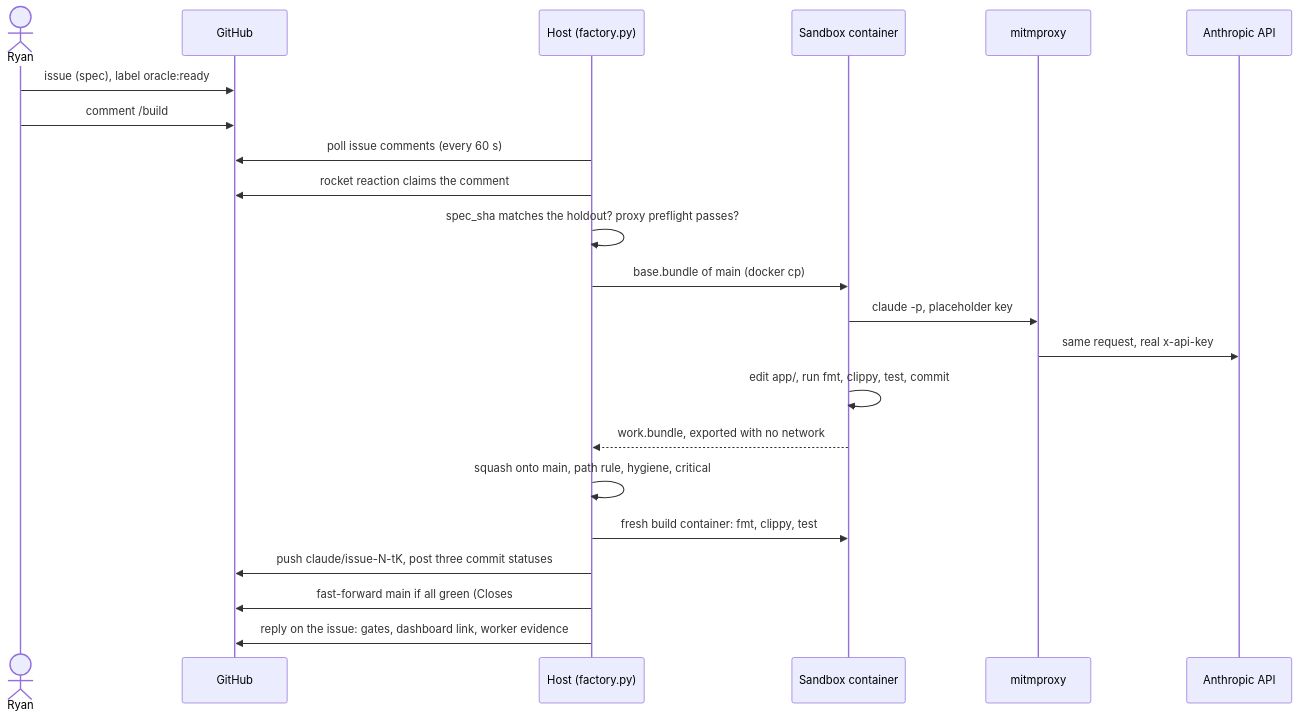
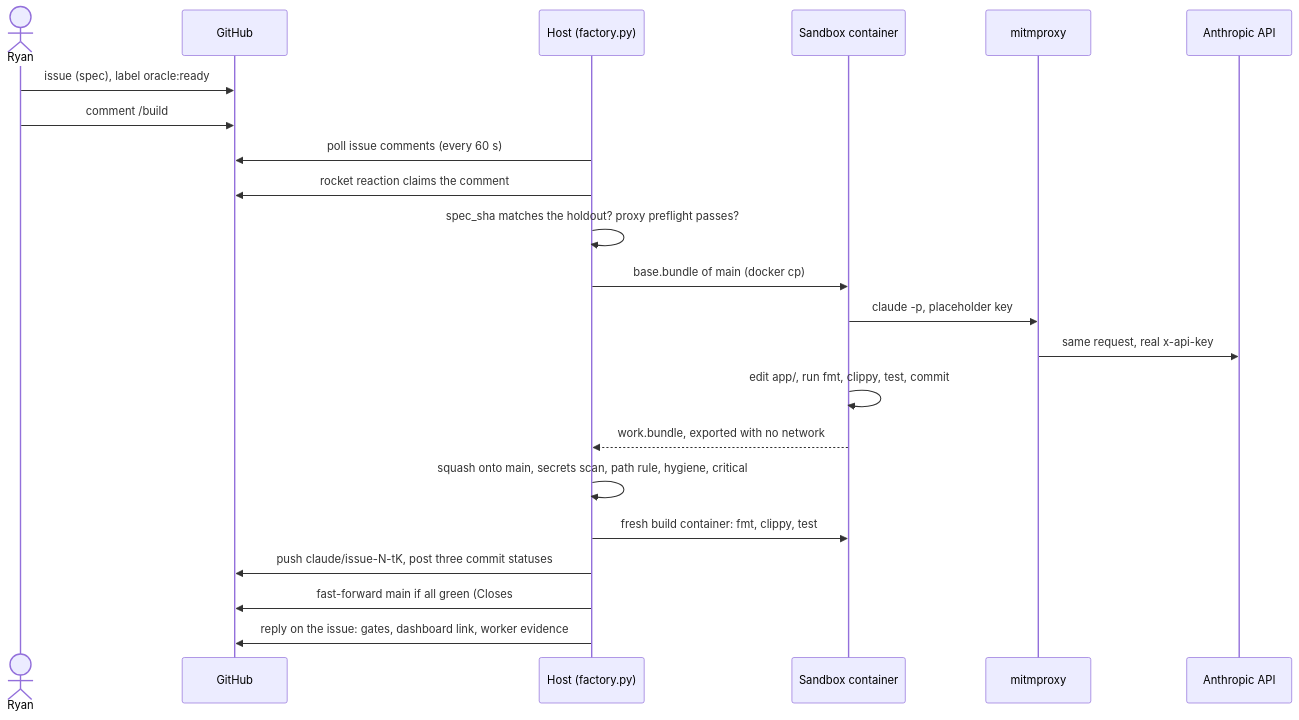
Before and after one commit to rhprasad0/factory-scoreboard: the first of 4 diagrams in ARCHITECTURE.md, drawn with Mermaid. The commit also changed other lines of this file and 5 other files, not shown here.

````diff
--- a/ARCHITECTURE.md
+++ b/ARCHITECTURE.md
@@ -26,25 +26,25 @@
 ```mermaid
 sequenceDiagram
     actor Ryan
     participant GH as GitHub
     participant Host as Host (factory.py)
     participant SB as Sandbox container
     participant Proxy as mitmproxy
     participant API as Anthropic API
 
     Ryan->>GH: issue (spec), label oracle:ready
     Ryan->>GH: comment /build
     Host->>GH: poll issue comments (every 60 s)
     Host->>GH: rocket reaction claims the comment
     Host->>Host: spec_sha matches the holdout? proxy preflight passes?
     Host->>SB: base.bundle of main (docker cp)
     SB->>Proxy: claude -p, placeholder key
     Proxy->>API: same request, real x-api-key
     SB->>SB: edit app/, run fmt, clippy, test, commit
     SB-->>Host: work.bundle, exported with no network
-    Host->>Host: squash onto main, path rule, hygiene, critical
+    Host->>Host: squash onto main, secrets scan, path rule, hygiene, critical
     Host->>SB: fresh build container: fmt, clippy, test
     Host->>GH: push claude/issue-N-tK, post three commit statuses
     Host->>GH: fast-forward main if all green (Closes #N closes the issue)
     Host->>GH: reply on the issue: gates, dashboard link, worker evidence
 ```
````
